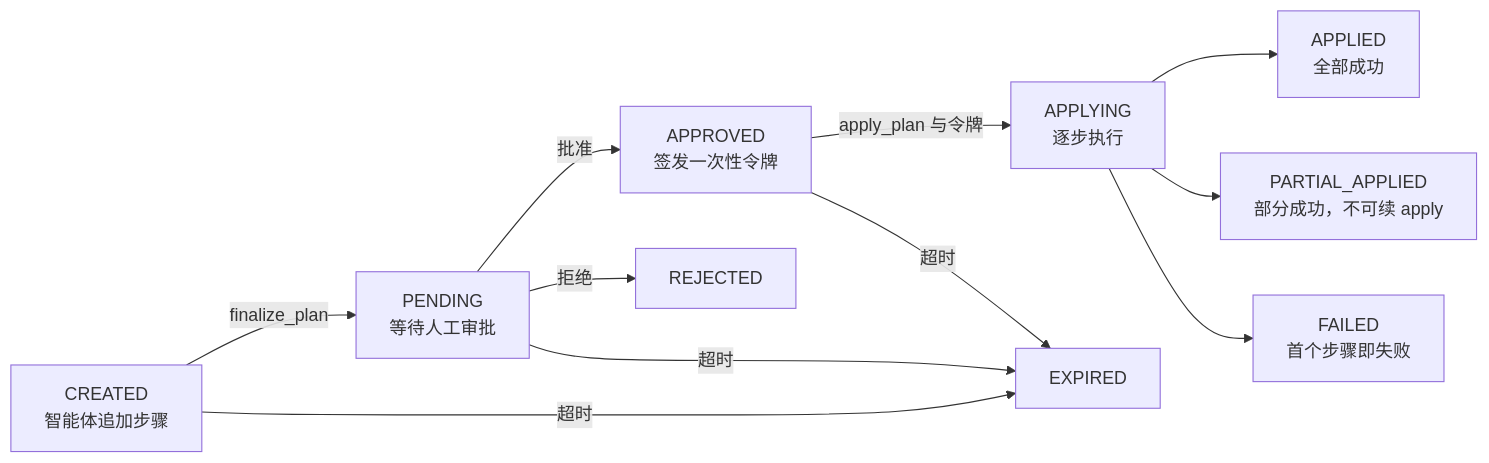
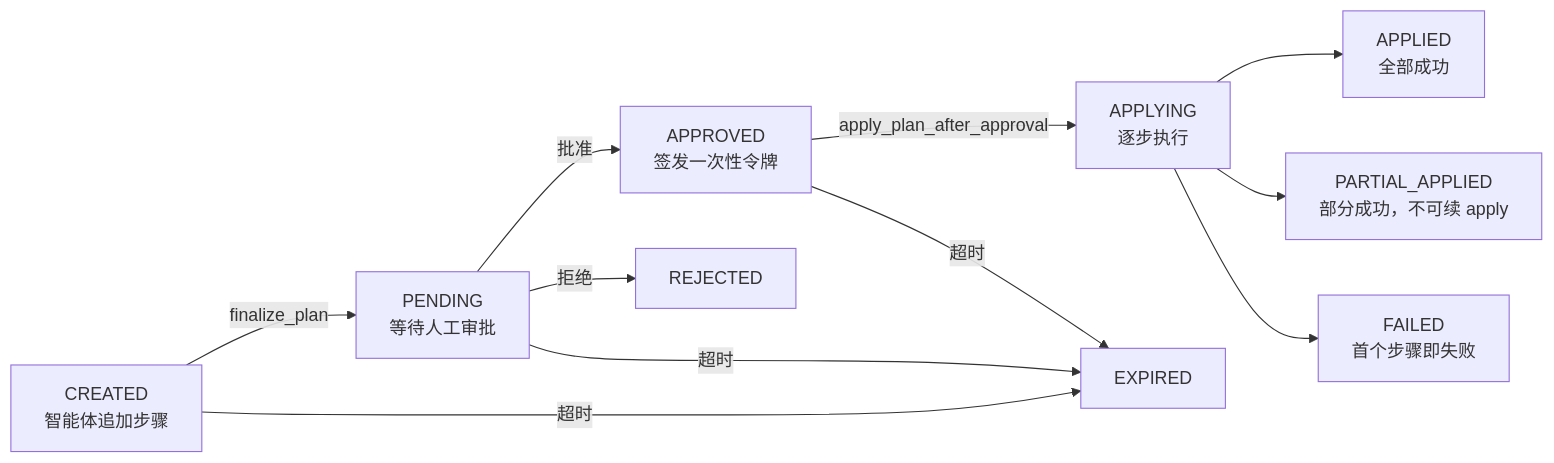
Before and after one commit to eip-work/kuboard-press: the diagram in docs/zh/mcp/approval-flow.md, drawn with Mermaid. The commit also changed other lines of this file and 27 other files, not shown here.

````diff
--- a/docs/zh/mcp/approval-flow.md
+++ b/docs/zh/mcp/approval-flow.md
@@ -15,13 +15,13 @@
 ```mermaid
 flowchart LR
     A["CREATED<br/>智能体追加步骤"] -->|finalize_plan| B["PENDING<br/>等待人工审批"]
     B -->|批准| C["APPROVED<br/>签发一次性令牌"]
-    C -->|apply_plan 与令牌| D["APPLYING<br/>逐步执行"]
+    C -->|apply_plan_after_approval| D["APPLYING<br/>逐步执行"]
     D --> E["APPLIED<br/>全部成功"]
     D --> F["PARTIAL_APPLIED<br/>部分成功，不可续 apply"]
     D --> G["FAILED<br/>首个步骤即失败"]
     B -->|拒绝| H["REJECTED"]
     A -->|超时| I["EXPIRED"]
     B -->|超时| I
     C -->|超时| I
 ```
````
